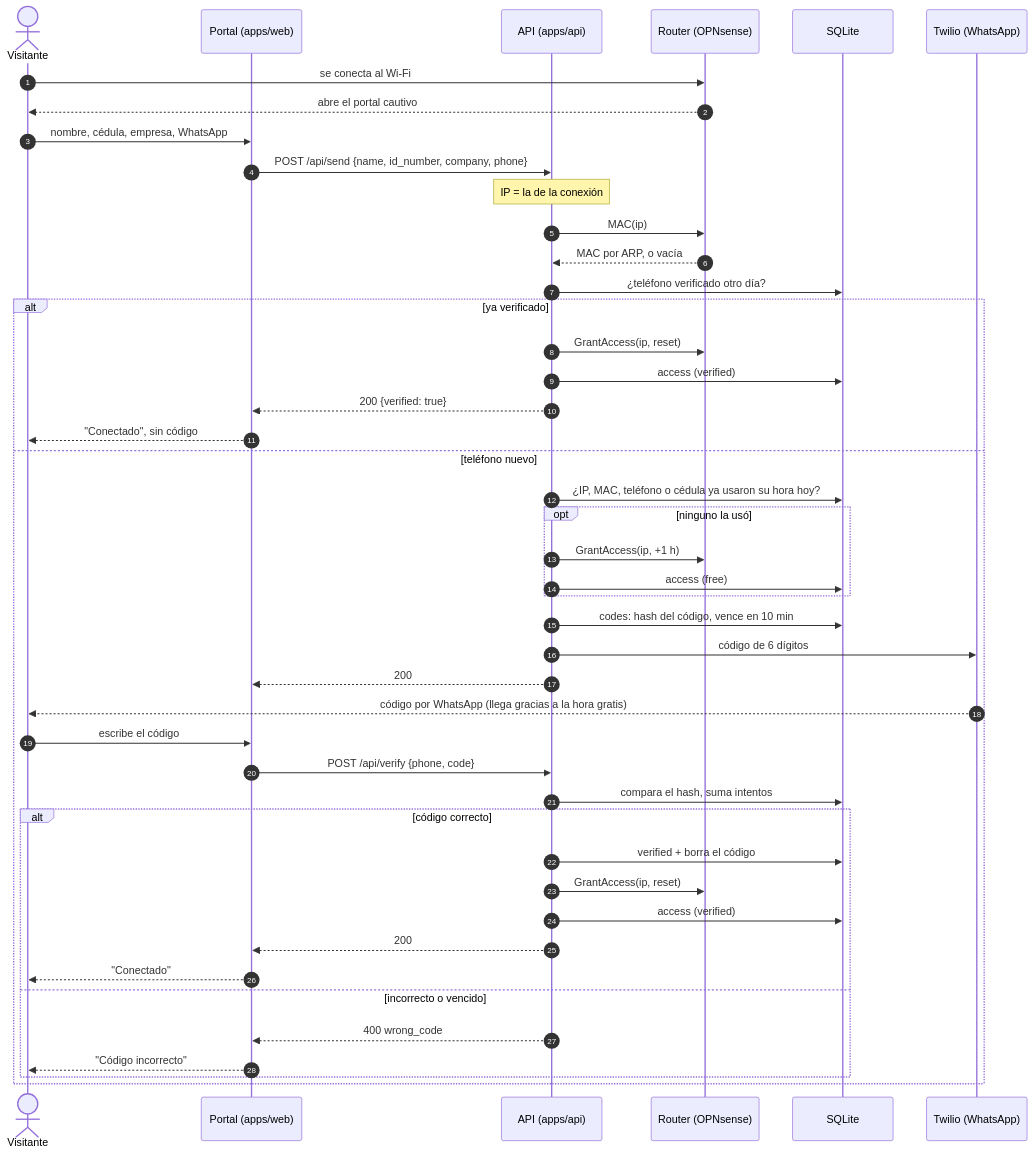
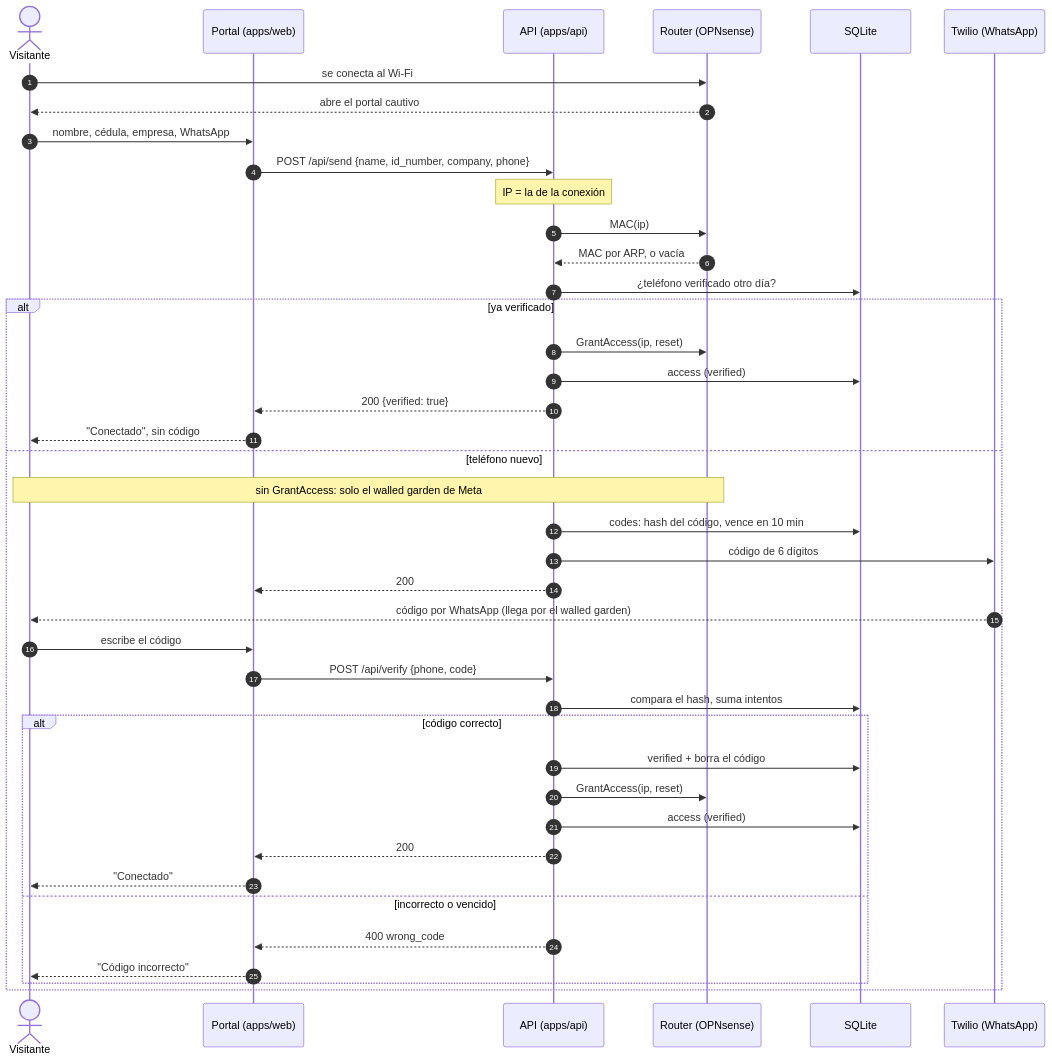
One commit to TipoTramquilo/byteservices-portal changed the first of 3 diagrams in docs/explanation/core/acceso-wifi.md. Above: the diagram before and after it, drawn with Mermaid. The commit also changed other lines of this file and 5 other files, not shown here.

First line of the commit message:
docs: acceso sin OTP, walled garden retirado y adaptador OPNsense

````diff
--- a/docs/explanation/core/acceso-wifi.md
+++ b/docs/explanation/core/acceso-wifi.md
@@ -53,49 +56,45 @@
 ```mermaid
 sequenceDiagram
     autonumber
     actor V as Visitante
     participant P as Portal (apps/web)
     participant A as API (apps/api)
     participant R as Router (OPNsense)
     participant D as SQLite
     participant W as Twilio (WhatsApp)
 
     V->>R: se conecta al Wi-Fi
     R-->>V: abre el portal cautivo
     V->>P: nombre, cédula, empresa, WhatsApp
     P->>A: POST /api/send {name, id_number, company, phone}
     Note over A: IP = la de la conexión
     A->>R: MAC(ip)
     R-->>A: MAC por ARP, o vacía
     A->>D: ¿teléfono verificado otro día?
 
     alt ya verificado
         A->>R: GrantAccess(ip, reset)
         A->>D: access (verified)
         A-->>P: 200 {verified: true}
         P-->>V: "Conectado", sin código
     else teléfono nuevo
-        A->>D: ¿IP, MAC, teléfono o cédula ya usaron su hora hoy?
-        opt ninguno la usó
-            A->>R: GrantAccess(ip, +1 h)
-            A->>D: access (free)
-        end
+        Note over R,V: sin GrantAccess: solo el walled garden de Meta
         A->>D: codes: hash del código, vence en 10 min
         A->>W: código de 6 dígitos
         A-->>P: 200
-        W-->>V: código por WhatsApp (llega gracias a la hora gratis)
+        W-->>V: código por WhatsApp (llega por el walled garden)
         V->>P: escribe el código
         P->>A: POST /api/verify {phone, code}
         A->>D: compara el hash, suma intentos
         alt código correcto
             A->>D: verified + borra el código
             A->>R: GrantAccess(ip, reset)
             A->>D: access (verified)
             A-->>P: 200
             P-->>V: "Conectado"
         else incorrecto o vencido
             A-->>P: 400 wrong_code
             P-->>V: "Código incorrecto"
         end
     end
 ```
````
